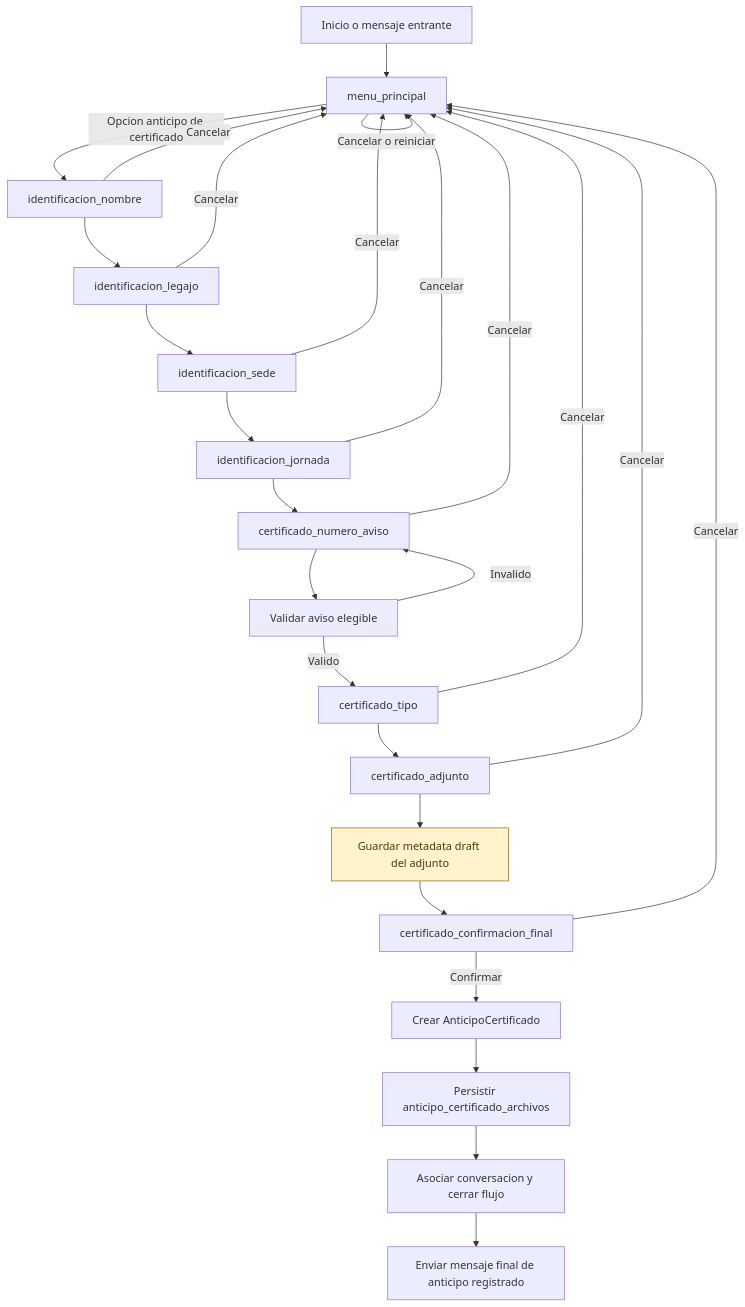
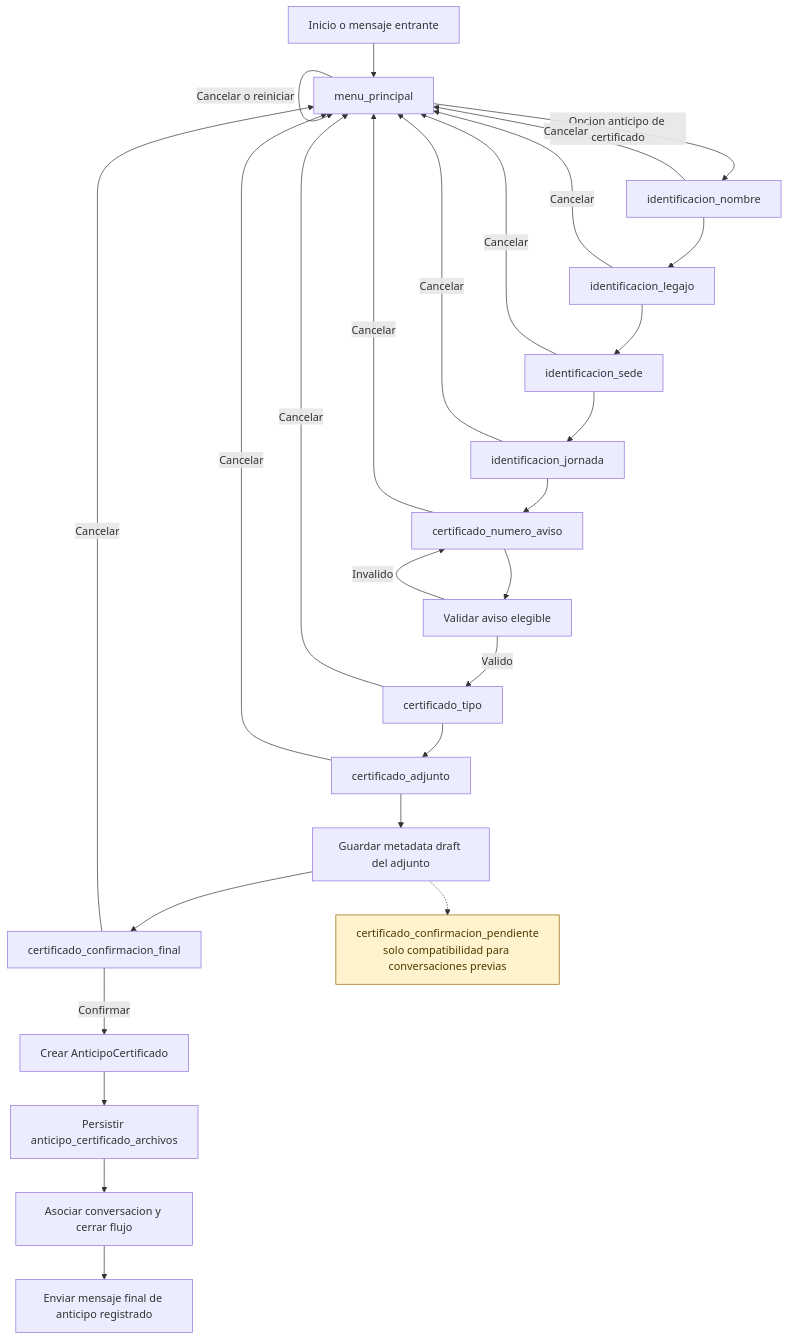
Before and after one commit to martin-garay/unlu_medicina_laboral: the diagram in docs/diagrams/flows/anticipo-certificado.mmd, drawn with Mermaid. The commit also changed 4 other files, not shown here.

Commit message:
docs: sincronizar diagramas con el estado real del sistema

```diff
--- a/docs/diagrams/flows/anticipo-certificado.mmd
+++ b/docs/diagrams/flows/anticipo-certificado.mmd
@@ -1,29 +1,30 @@
 flowchart TD
     A[Inicio o mensaje entrante] --> B[menu_principal]
     B -->|Opcion anticipo de certificado| C[identificacion_nombre]
     B -->|Cancelar o reiniciar| B
     C --> D[identificacion_legajo]
     D --> E[identificacion_sede]
     E --> F[identificacion_jornada]
     F --> G[certificado_numero_aviso]
     G --> H[Validar aviso elegible]
     H -->|Valido| I[certificado_tipo]
     H -->|Invalido| G
     I --> J[certificado_adjunto]
     J --> K[Guardar metadata draft del adjunto]
     K --> L[certificado_confirmacion_final]
     L -->|Confirmar| M[Crear AnticipoCertificado]
     M --> N[Persistir anticipo_certificado_archivos]
     N --> O[Asociar conversacion y cerrar flujo]
     O --> P[Enviar mensaje final de anticipo registrado]
+    K -.-> Z[certificado_confirmacion_pendiente\nsolo compatibilidad para conversaciones previas]
     C -->|Cancelar| B
     D -->|Cancelar| B
     E -->|Cancelar| B
     F -->|Cancelar| B
     G -->|Cancelar| B
     I -->|Cancelar| B
     J -->|Cancelar| B
     L -->|Cancelar| B
 
     classDef future fill:#fff3cd,stroke:#946200,color:#4a3a00;
-    class K future;
+    class Z future;
```
